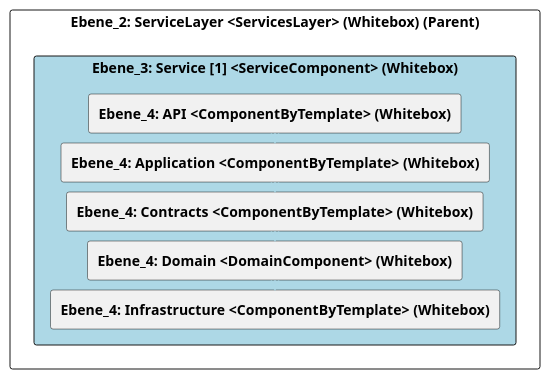
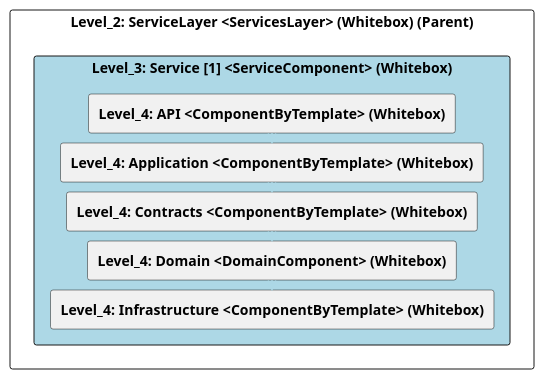
One commit to marcozwyssig/cleon changed the diagram in src/cleon.architecturemethods.arc42.sample/doc/cleon_architecturemethods_arc42_sample_software_microservice/adoc/en/05_building_block_view/microservicesample/servicelayer/service_1/level_3_service_[1].adoc. Above: the diagram before and after it, drawn with PlantUML. The commit also changed other lines of this file and 169 other files, not shown here.

```diff
--- a/src/cleon.architecturemethods.arc42.sample/doc/cleon_architecturemethods_arc42_sample_software_microservice/adoc/en/05_building_block_view/microservicesample/servicelayer/service_1/level_3_service_[1].adoc
+++ b/src/cleon.architecturemethods.arc42.sample/doc/cleon_architecturemethods_arc42_sample_software_microservice/adoc/en/05_building_block_view/microservicesample/servicelayer/service_1/level_3_service_[1].adoc
@@ -20,34 +20,34 @@
-[plantuml, Ebene_3: Service [1] <ServiceComponent> (Whitebox)BlockOverview, format="svg"]
+[plantuml, Level_3: Service [1] <ServiceComponent> (Whitebox)BlockOverview, format="svg"]
 ----
-@startuml Ebene_3: Service [1] <ServiceComponent> (Whitebox)BuildingBlockOverview
+@startuml Level_3: Service [1] <ServiceComponent> (Whitebox)BuildingBlockOverview
 
 skinparam ranksep 10
 skinparam componentStyle rectangle
 skinparam shadowing false
 skinparam arrowColor lightblue
 skinparam arrowThickness 1.2
 skinparam rectangle {
   BackgroundColor White
   BorderColor #333
   RoundCorner 10
 }
 top to bottom direction
 
-component "Ebene_2: ServiceLayer <ServicesLayer> (Whitebox) (Parent)" {
-    component "Ebene_3: Service [1] <ServiceComponent> (Whitebox)" #lightblue {
-        [**Ebene_4: API <ComponentByTemplate> (Whitebox)**] as 57F7F337_247F_11F1_8A5A_5DA401746046
-        [**Ebene_4: Application <ComponentByTemplate> (Whitebox)**] as 316503AE_EBCA_11F0_94F3_55208A19CD68
-        [**Ebene_4: Contracts <ComponentByTemplate> (Whitebox)**] as 316503AC_EBCA_11F0_94F3_55208A19CD68
-        [**Ebene_4: Domain <DomainComponent> (Whitebox)**] as 316503AD_EBCA_11F0_94F3_55208A19CD68
-        [**Ebene_4: Infrastructure <ComponentByTemplate> (Whitebox)**] as 316503AB_EBCA_11F0_94F3_55208A19CD68
+component "Level_2: ServiceLayer <ServicesLayer> (Whitebox) (Parent)" {
+    component "Level_3: Service [1] <ServiceComponent> (Whitebox)" #lightblue {
+        [**Level_4: API <ComponentByTemplate> (Whitebox)**] as 57F7F337_247F_11F1_8A5A_5DA401746046
+        [**Level_4: Application <ComponentByTemplate> (Whitebox)**] as 316503AE_EBCA_11F0_94F3_55208A19CD68
+        [**Level_4: Contracts <ComponentByTemplate> (Whitebox)**] as 316503AC_EBCA_11F0_94F3_55208A19CD68
+        [**Level_4: Domain <DomainComponent> (Whitebox)**] as 316503AD_EBCA_11F0_94F3_55208A19CD68
+        [**Level_4: Infrastructure <ComponentByTemplate> (Whitebox)**] as 316503AB_EBCA_11F0_94F3_55208A19CD68
     }
 
     57F7F337_247F_11F1_8A5A_5DA401746046 -down-> 316503AE_EBCA_11F0_94F3_55208A19CD68
     316503AE_EBCA_11F0_94F3_55208A19CD68 -down-> 316503AC_EBCA_11F0_94F3_55208A19CD68
     316503AC_EBCA_11F0_94F3_55208A19CD68 -down-> 316503AD_EBCA_11F0_94F3_55208A19CD68
     316503AD_EBCA_11F0_94F3_55208A19CD68 -down-> 316503AB_EBCA_11F0_94F3_55208A19CD68
     
 }
 
 @enduml
 ----
```
